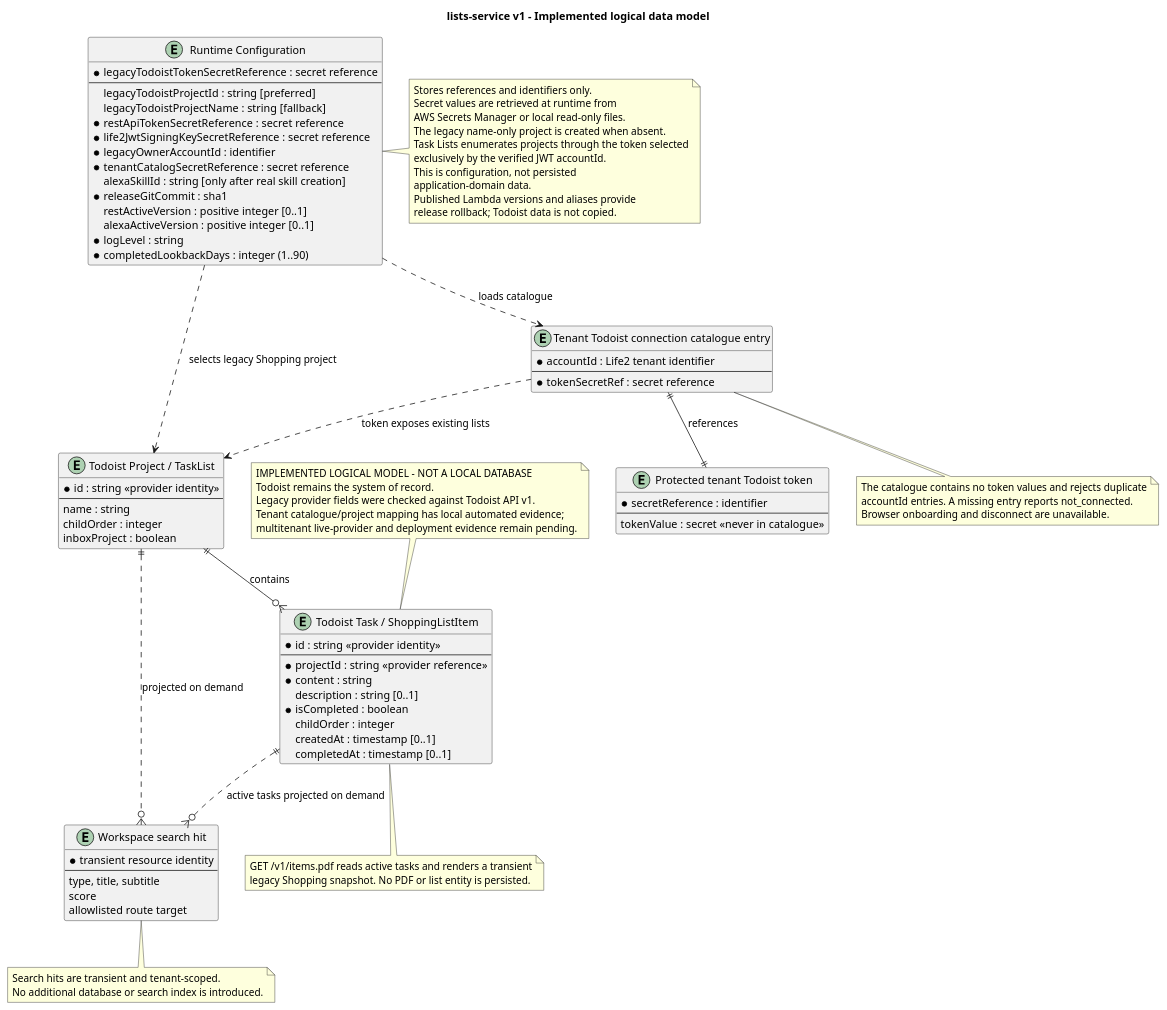
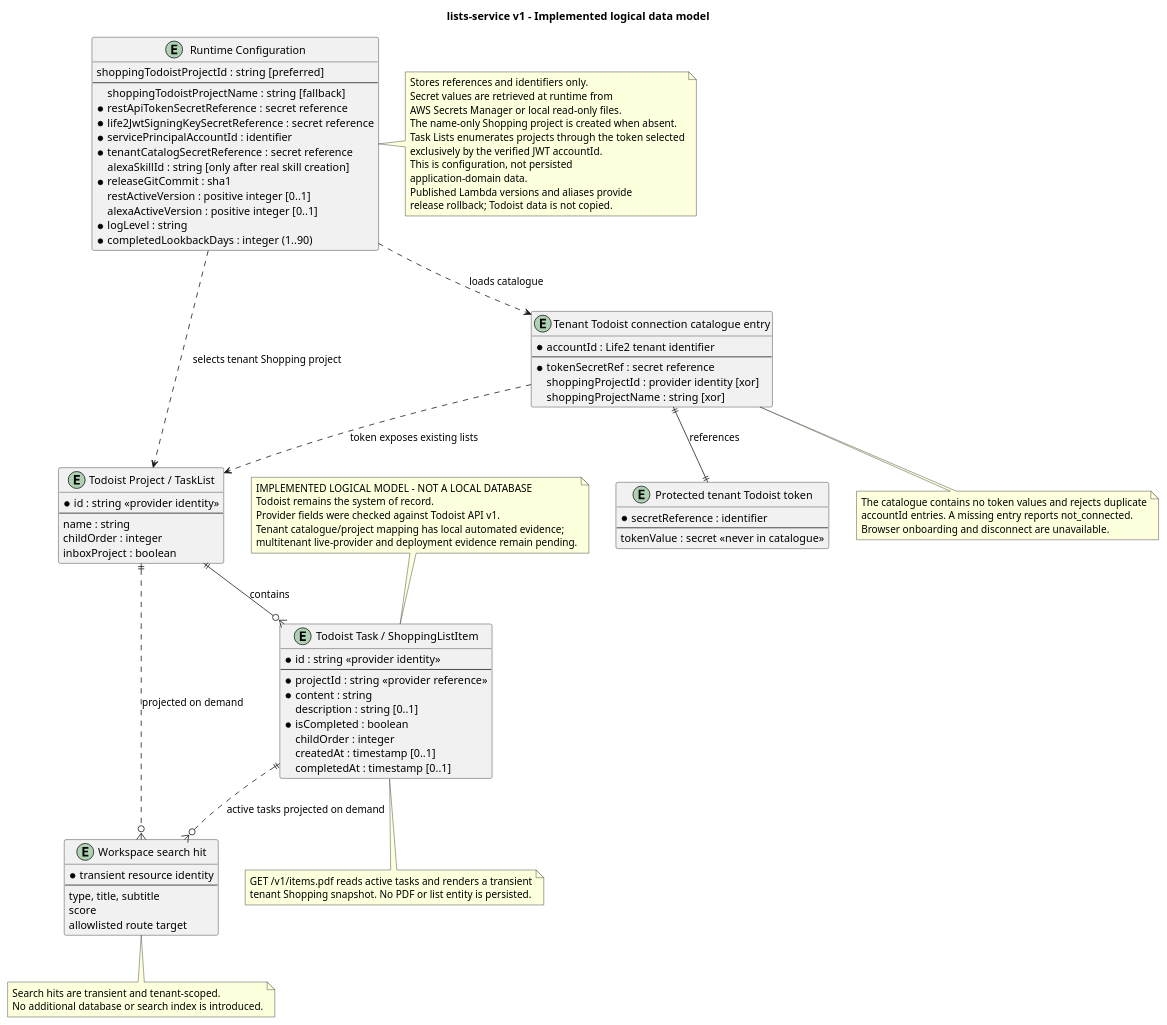
One commit to ralfepoisson/lists-service changed the diagram in docs/architecture/erd.puml. Above: the diagram before and after it, drawn with PlantUML. The commit also changed 28 other files, not shown here.

Commit message:
fix: route shopping through tenant catalog

```diff
--- a/docs/architecture/erd.puml
+++ b/docs/architecture/erd.puml
@@ -1,112 +1,113 @@
 @startuml
 title lists-service v1 - Implemented logical data model
 
 hide methods
 hide stereotypes
 skinparam shadowing false
 
 note as StatusNote
   IMPLEMENTED LOGICAL MODEL - NOT A LOCAL DATABASE
   Todoist remains the system of record.
-  Legacy provider fields were checked against Todoist API v1.
+  Provider fields were checked against Todoist API v1.
   Tenant catalogue/project mapping has local automated evidence;
   multitenant live-provider and deployment evidence remain pending.
 end note
 
 entity "Todoist Project / TaskList" as Project {
   * id : string <<provider identity>>
   --
   name : string
   childOrder : integer
   inboxProject : boolean
 }
 
 entity "Todoist Task / ShoppingListItem" as Item {
   * id : string <<provider identity>>
   --
   * projectId : string <<provider reference>>
   * content : string
   description : string [0..1]
   * isCompleted : boolean
   childOrder : integer
   createdAt : timestamp [0..1]
   completedAt : timestamp [0..1]
 }
 
 entity "Runtime Configuration" as Configuration {
-  * legacyTodoistTokenSecretReference : secret reference
+  shoppingTodoistProjectId : string [preferred]
   --
-  legacyTodoistProjectId : string [preferred]
-  legacyTodoistProjectName : string [fallback]
+  shoppingTodoistProjectName : string [fallback]
   * restApiTokenSecretReference : secret reference
   * life2JwtSigningKeySecretReference : secret reference
-  * legacyOwnerAccountId : identifier
+  * servicePrincipalAccountId : identifier
   * tenantCatalogSecretReference : secret reference
   alexaSkillId : string [only after real skill creation]
   * releaseGitCommit : sha1
   restActiveVersion : positive integer [0..1]
   alexaActiveVersion : positive integer [0..1]
   * logLevel : string
   * completedLookbackDays : integer (1..90)
 }
 
 entity "Tenant Todoist connection catalogue entry" as Connection {
   * accountId : Life2 tenant identifier
   --
   * tokenSecretRef : secret reference
+  shoppingProjectId : provider identity [xor]
+  shoppingProjectName : string [xor]
 }
 
 entity "Protected tenant Todoist token" as TenantToken {
   * secretReference : identifier
   --
   tokenValue : secret <<never in catalogue>>
 }
 
 entity "Workspace search hit" as SearchHit {
   * transient resource identity
   --
   type, title, subtitle
   score
   allowlisted route target
 }
 
 Project ||--o{ Item : contains
 Connection ..> Project : token exposes existing lists
 Connection ||--|| TenantToken : references
 Configuration ..> Connection : loads catalogue
-Configuration ..> Project : selects legacy Shopping project
+Configuration ..> Project : selects tenant Shopping project
 Project ||..o{ SearchHit : projected on demand
 Item ||..o{ SearchHit : active tasks projected on demand
 
 note right of Configuration
   Stores references and identifiers only.
   Secret values are retrieved at runtime from
   AWS Secrets Manager or local read-only files.
-  The legacy name-only project is created when absent.
+  The name-only Shopping project is created when absent.
   Task Lists enumerates projects through the token selected
   exclusively by the verified JWT accountId.
   This is configuration, not persisted
   application-domain data.
   Published Lambda versions and aliases provide
   release rollback; Todoist data is not copied.
 end note
 
 note bottom of Connection
   The catalogue contains no token values and rejects duplicate
   accountId entries. A missing entry reports not_connected.
   Browser onboarding and disconnect are unavailable.
 end note
 
 note bottom of Item
   GET /v1/items.pdf reads active tasks and renders a transient
-  legacy Shopping snapshot. No PDF or list entity is persisted.
+  tenant Shopping snapshot. No PDF or list entity is persisted.
 end note
 
 note bottom of SearchHit
   Search hits are transient and tenant-scoped.
   No additional database or search index is introduced.
 end note
 
 StatusNote .. Item
 
 @enduml
```
